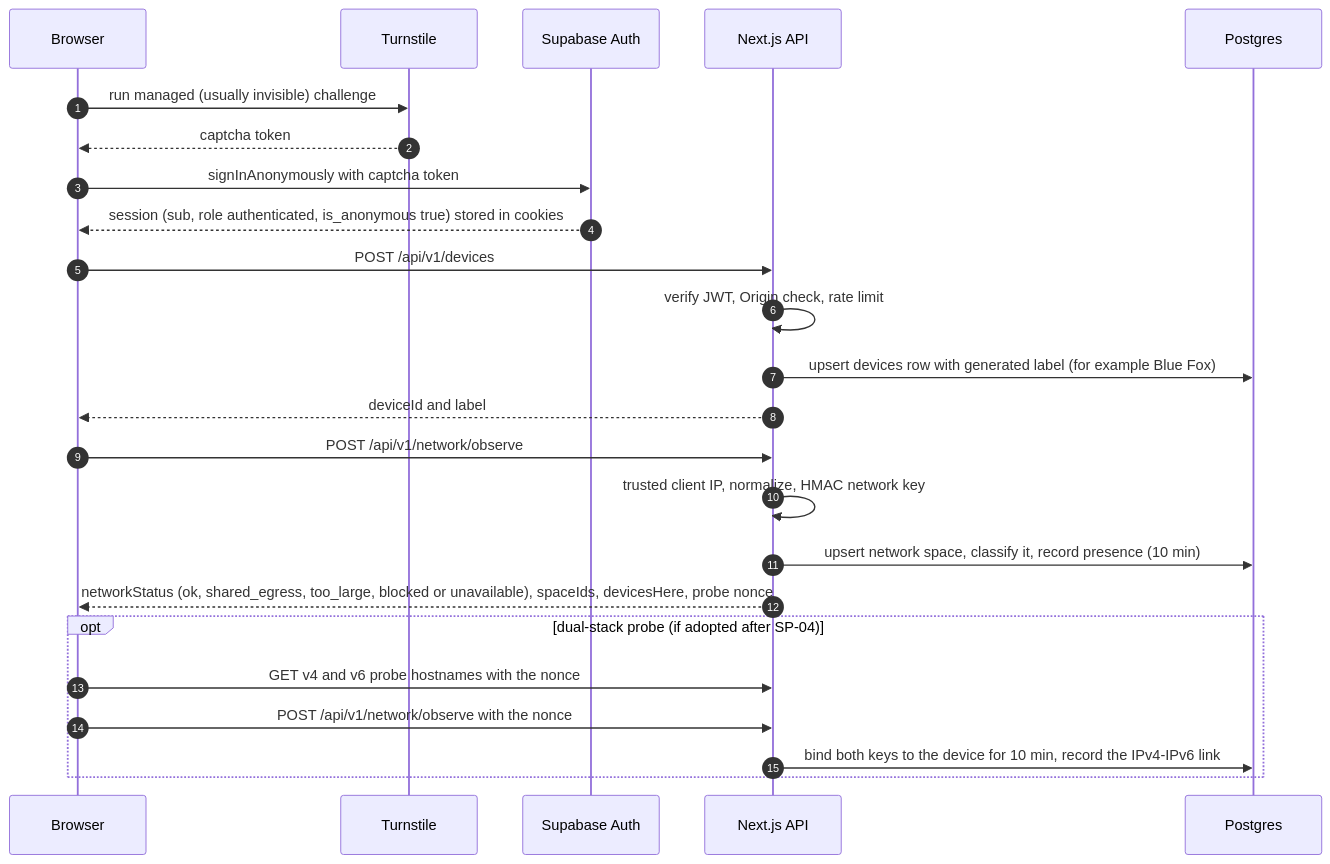
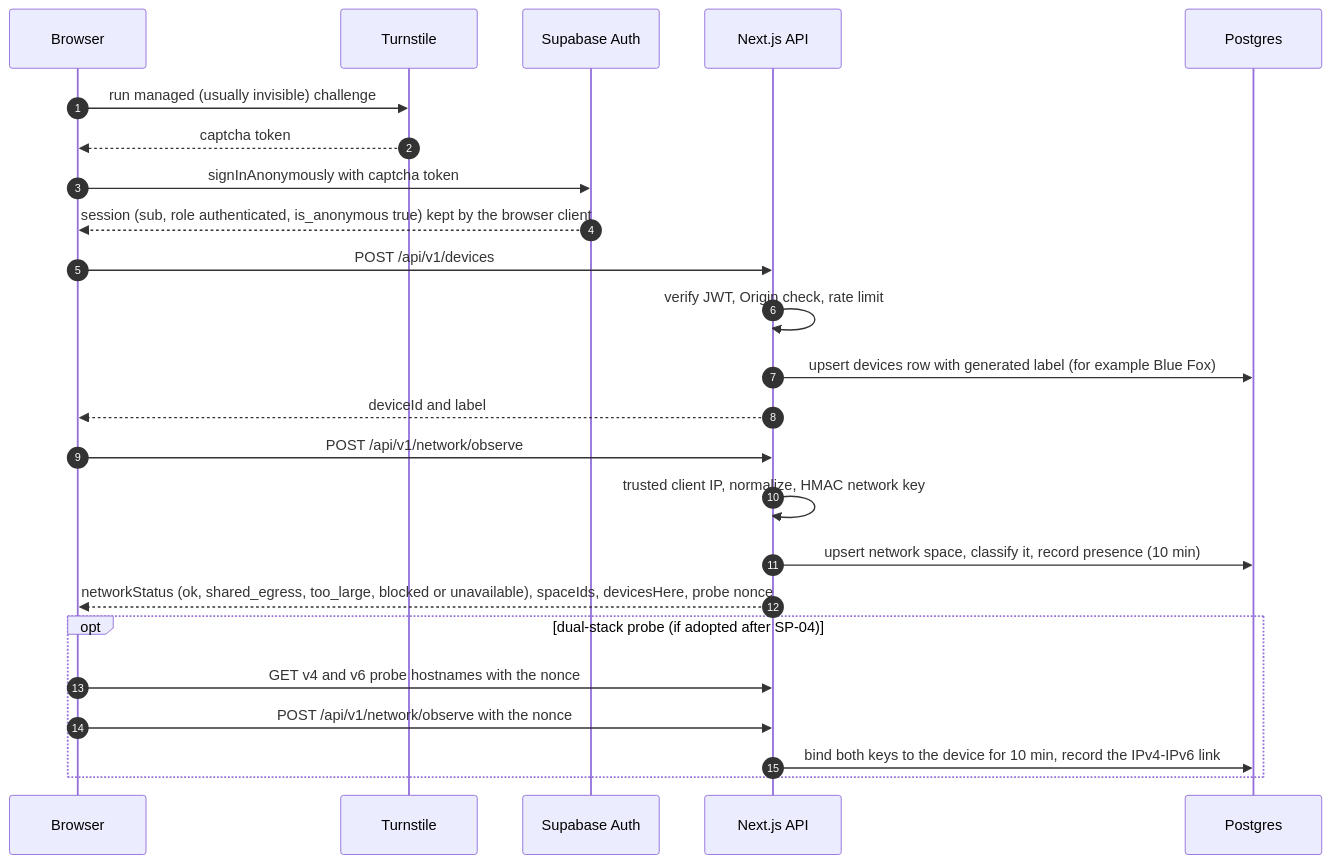
The third of 8 diagrams in project-docs-workthrough/02-system-architecture.md (waqas-gul/local-saver), drawn with Mermaid before and after one commit. The commit also changed other lines of this file and 167 other files, not shown here.

````diff
--- a/project-docs-workthrough/02-system-architecture.md
+++ b/project-docs-workthrough/02-system-architecture.md
@@ -205,26 +206,26 @@
 ```mermaid
 sequenceDiagram
   autonumber
   participant B as Browser
   participant TS as Turnstile
   participant SA as Supabase Auth
   participant API as Next.js API
   participant DB as Postgres
   B->>TS: run managed (usually invisible) challenge
   TS-->>B: captcha token
   B->>SA: signInAnonymously with captcha token
-  SA-->>B: session (sub, role authenticated, is_anonymous true) stored in cookies
+  SA-->>B: session (sub, role authenticated, is_anonymous true) kept by the browser client
   B->>API: POST /api/v1/devices
   API->>API: verify JWT, Origin check, rate limit
   API->>DB: upsert devices row with generated label (for example Blue Fox)
   API-->>B: deviceId and label
   B->>API: POST /api/v1/network/observe
   API->>API: trusted client IP, normalize, HMAC network key
   API->>DB: upsert network space, classify it, record presence (10 min)
   API-->>B: networkStatus (ok, shared_egress, too_large, blocked or unavailable), spaceIds, devicesHere, probe nonce
   opt dual-stack probe (if adopted after SP-04)
     B->>API: GET v4 and v6 probe hostnames with the nonce
     B->>API: POST /api/v1/network/observe with the nonce
     API->>DB: bind both keys to the device for 10 min, record the IPv4-IPv6 link
   end
 ```
````
